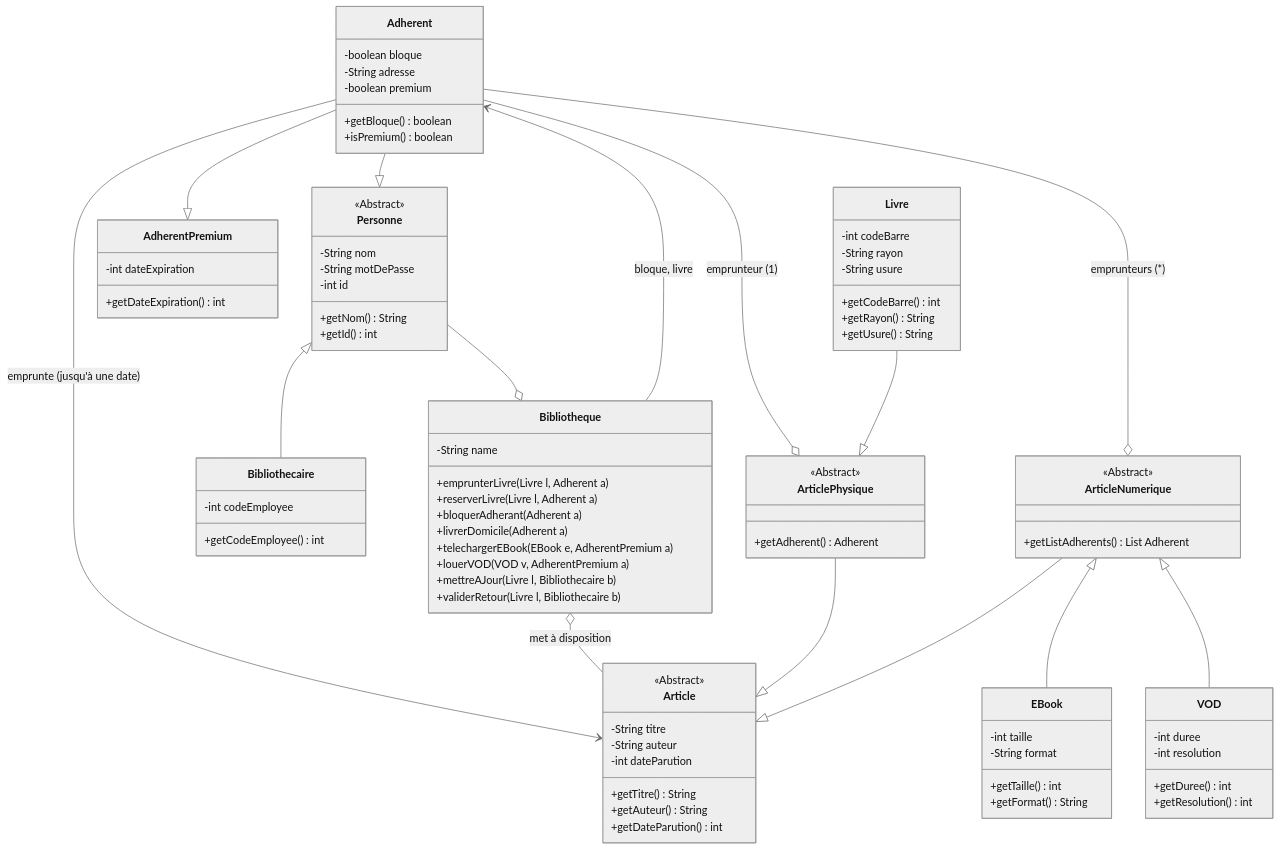
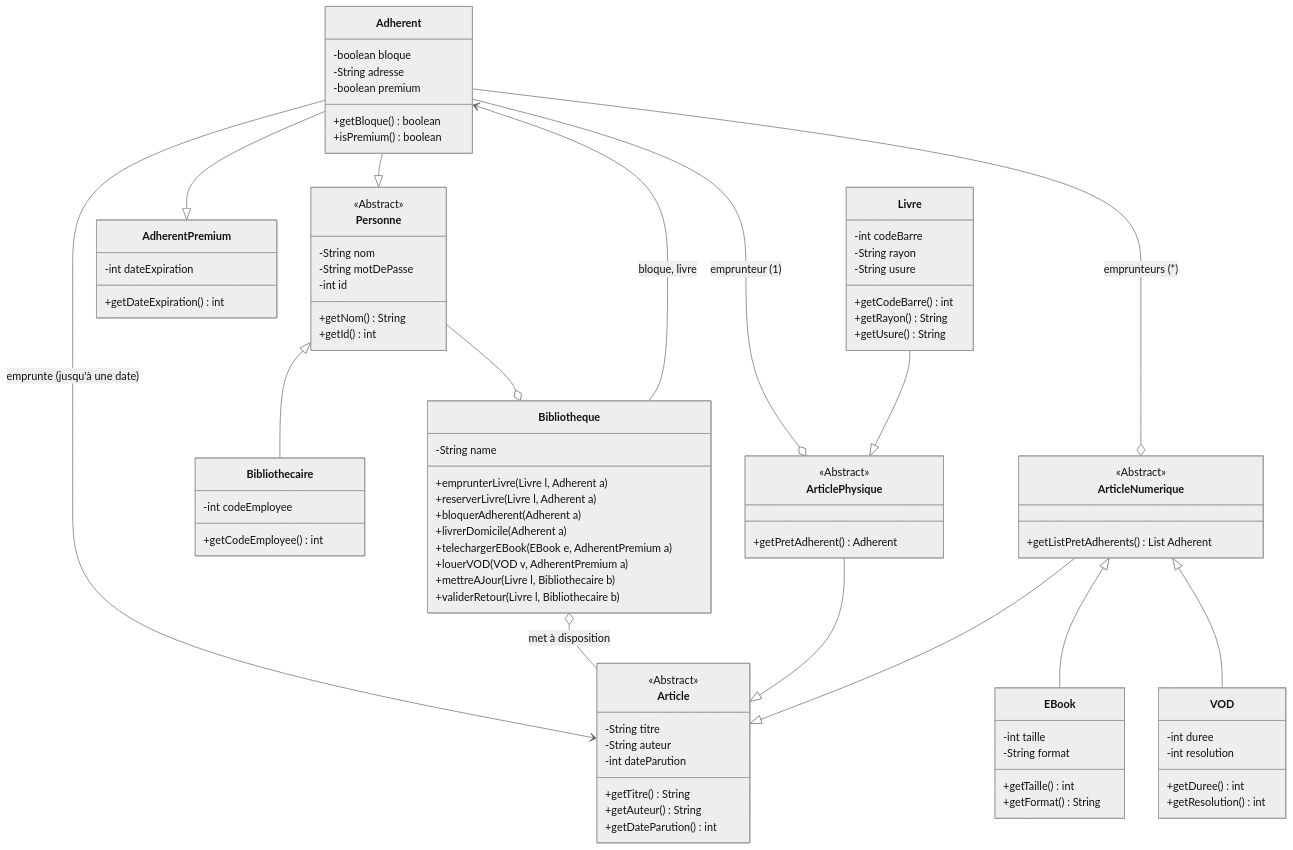
The third of 3 diagrams in README.md (QDeh/OmniLib), drawn with Mermaid (neutral theme) before and after one commit.

Commit message:
doc: correction du diagramme des classes

```diff
--- a/README.md
+++ b/README.md
@@ -136,7 +136,7 @@
         -String name
         +emprunterLivre(Livre l, Adherent a)
         +reserverLivre(Livre l, Adherent a)
-        +bloquerAdherant(Adherent a)
+        +bloquerAdherent(Adherent a)
         +livrerDomicile(Adherent a)
         +telechargerEBook(EBook e, AdherentPremium a)
         +louerVOD(VOD v, AdherentPremium a)
@@ -180,11 +180,11 @@
     }
     class ArticlePhysique{
         <<Abstract>>
-        +getAdherent() Adherent
+        +getPretAdherent() Adherent
     }
     class ArticleNumerique{
         <<Abstract>>
-        +getListAdherents() List Adherent
+        +getListPretAdherents() List Adherent
     }
     class Livre{
         -int codeBarre
```
